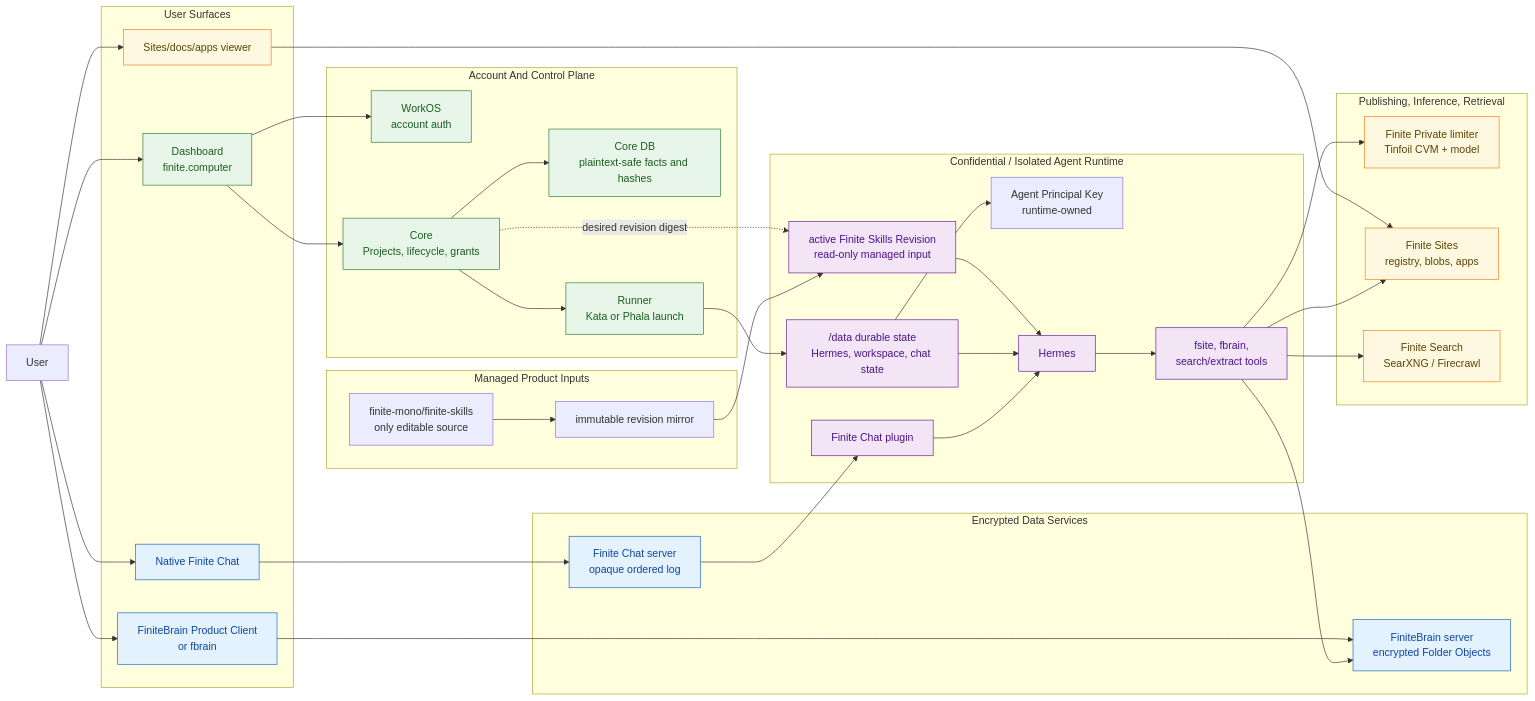
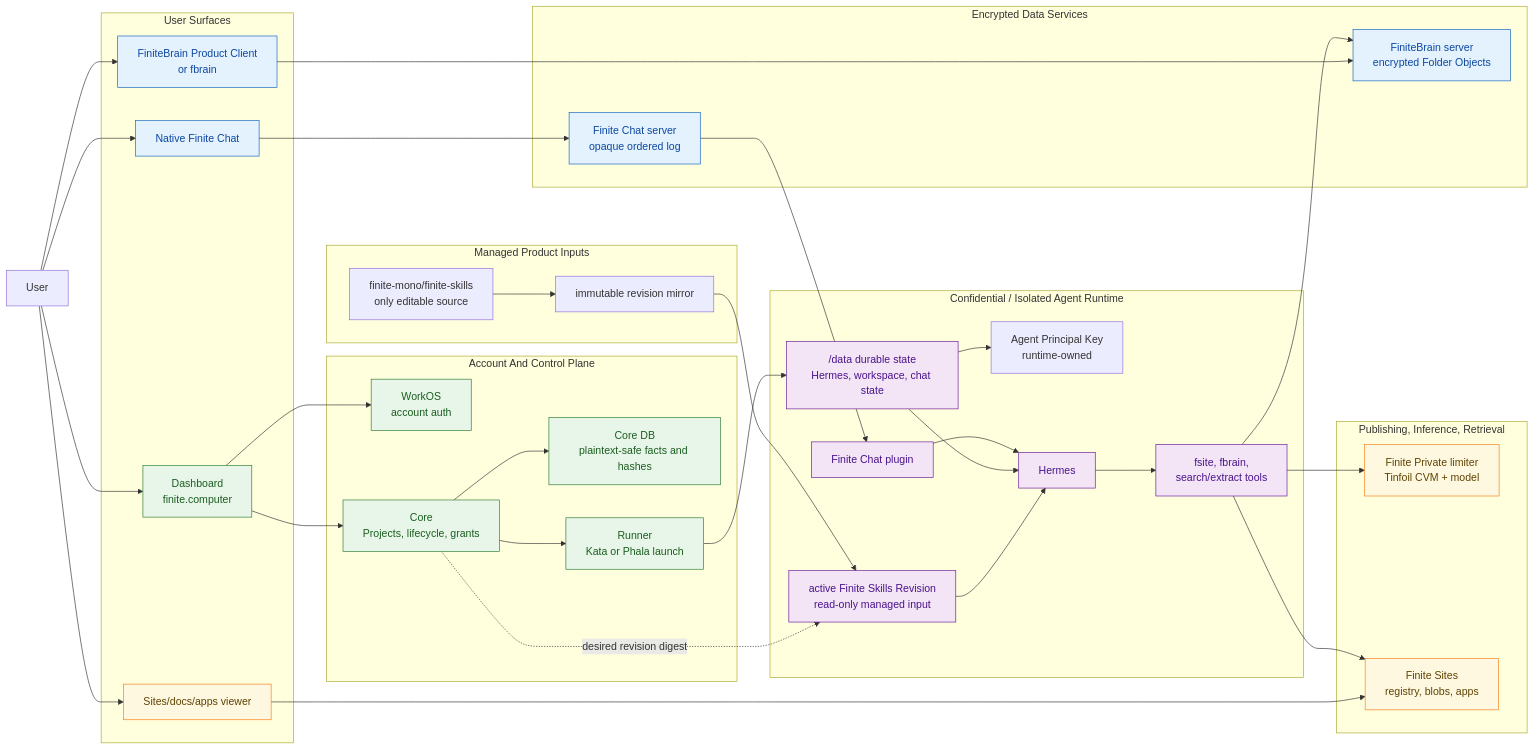
The diagram in docs/system-flow-and-trust-boundaries.md (finitecomputer/finite-mono), drawn with Mermaid before and after one commit. The commit also changed other lines of this file and 62 other files, not shown here.

First line of the commit message:
chore(repo): delete the finite-search tree and its CI/doc surface (search retirement 2/2)

````diff
--- a/docs/system-flow-and-trust-boundaries.md
+++ b/docs/system-flow-and-trust-boundaries.md
@@ -79,82 +79,80 @@
 ```mermaid
 flowchart LR
   User["User"]
 
   subgraph UserSurfaces["User Surfaces"]
     Dashboard["Dashboard\nfinite.computer"]
     NativeChat["Native Finite Chat"]
     BrainClient["FiniteBrain Product Client\nor fbrain"]
     SitesViewer["Sites/docs/apps viewer"]
   end
 
   subgraph Control["Account And Control Plane"]
     WorkOS["WorkOS\naccount auth"]
     Core["Core\nProjects, lifecycle, grants"]
     CoreDb["Core DB\nplaintext-safe facts and hashes"]
     Runner["Runner\nKata or Phala launch"]
   end
 
   subgraph Runtime["Confidential / Isolated Agent Runtime"]
     AgentKey["Agent Principal Key\nruntime-owned"]
     DataMount["/data durable state\nHermes, workspace, chat state"]
     Hermes["Hermes"]
     ChatPlugin["Finite Chat plugin"]
     ManagedSkills["active Finite Skills Revision\nread-only managed input"]
     Tools["fsite, fbrain,\nsearch/extract tools"]
   end
 
   subgraph ProductInputs["Managed Product Inputs"]
     SkillsSource["finite-mono/finite-skills\nonly editable source"]
     SkillsMirror["immutable revision mirror"]
     SkillsSource --> SkillsMirror
   end
 
   subgraph EncryptedServices["Encrypted Data Services"]
     ChatServer["Finite Chat server\nopaque ordered log"]
     BrainServer["FiniteBrain server\nencrypted Folder Objects"]
   end
 
   subgraph OtherServices["Publishing, Inference, Retrieval"]
     Private["Finite Private limiter\nTinfoil CVM + model"]
     Sites["Finite Sites\nregistry, blobs, apps"]
-    Search["Finite Search\nSearXNG / Firecrawl"]
   end
 
   User --> Dashboard
   Dashboard --> WorkOS
   Dashboard --> Core
   Core --> CoreDb
   Core --> Runner
   Runner --> DataMount
 
   User --> NativeChat
   NativeChat --> ChatServer
   ChatServer --> ChatPlugin
   ChatPlugin --> Hermes
 
   DataMount --> AgentKey
   DataMount --> Hermes
   SkillsMirror --> ManagedSkills
   Core -. "desired revision digest" .-> ManagedSkills
   ManagedSkills --> Hermes
   Hermes --> Tools
   Tools --> Private
   Tools --> Sites
   Tools --> BrainServer
-  Tools --> Search
 
   User --> BrainClient
   BrainClient --> BrainServer
   User --> SitesViewer
   SitesViewer --> Sites
 
   classDef account fill:#e8f5e9,stroke:#2e7d32,color:#1b5e20;
   classDef encrypted fill:#e3f2fd,stroke:#1565c0,color:#0d47a1;
   classDef runtime fill:#f3e5f5,stroke:#6a1b9a,color:#4a148c;
   classDef service fill:#fff8e1,stroke:#f57f17,color:#5d4300;
 
   class Dashboard,WorkOS,Core,CoreDb,Runner account;
   class ChatServer,BrainServer,NativeChat,BrainClient encrypted;
   class AgentRoot,DataMount,Hermes,ChatPlugin,ManagedSkills,Tools runtime;
-  class Private,Sites,Search,SitesViewer service;
+  class Private,Sites,SitesViewer service;
 ```
````
